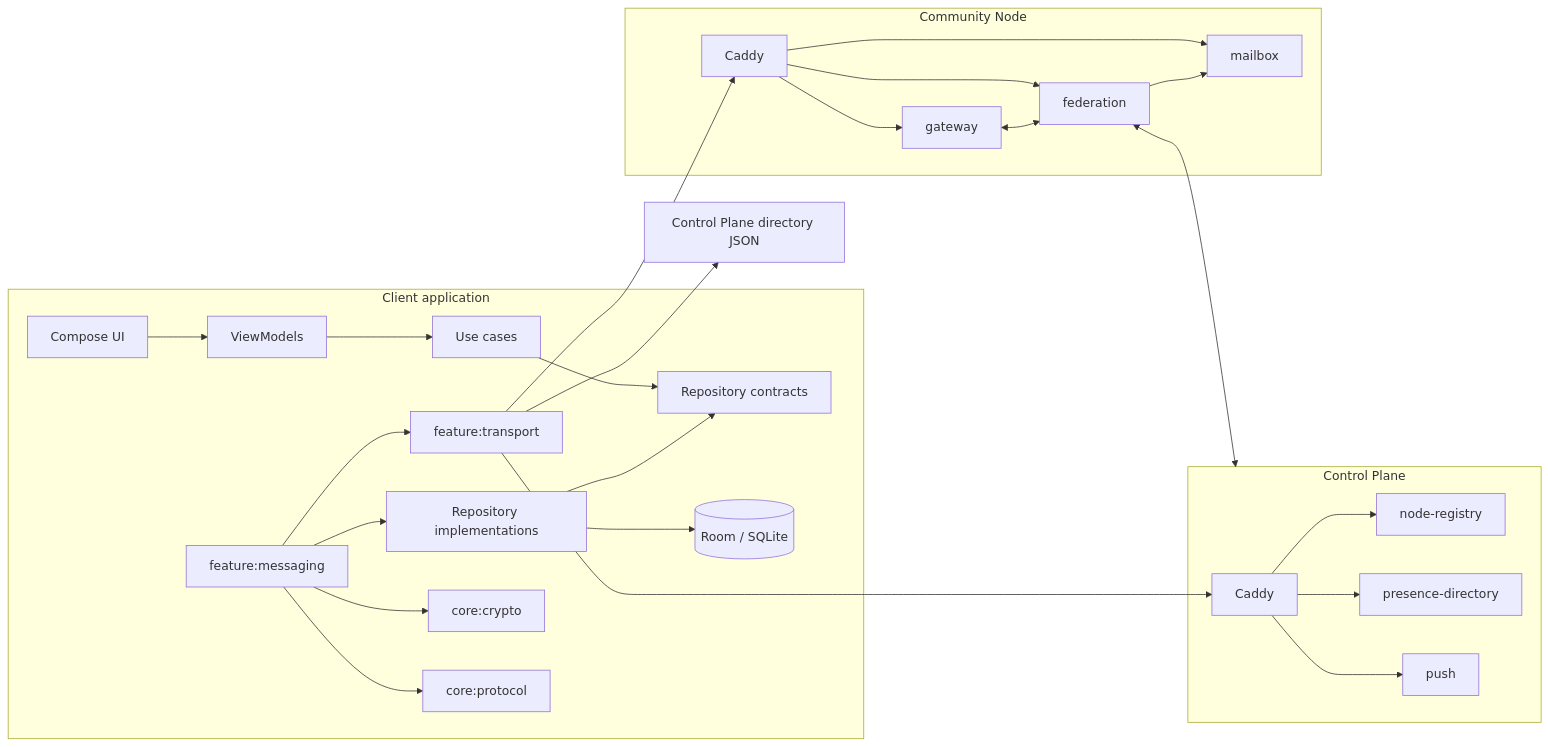
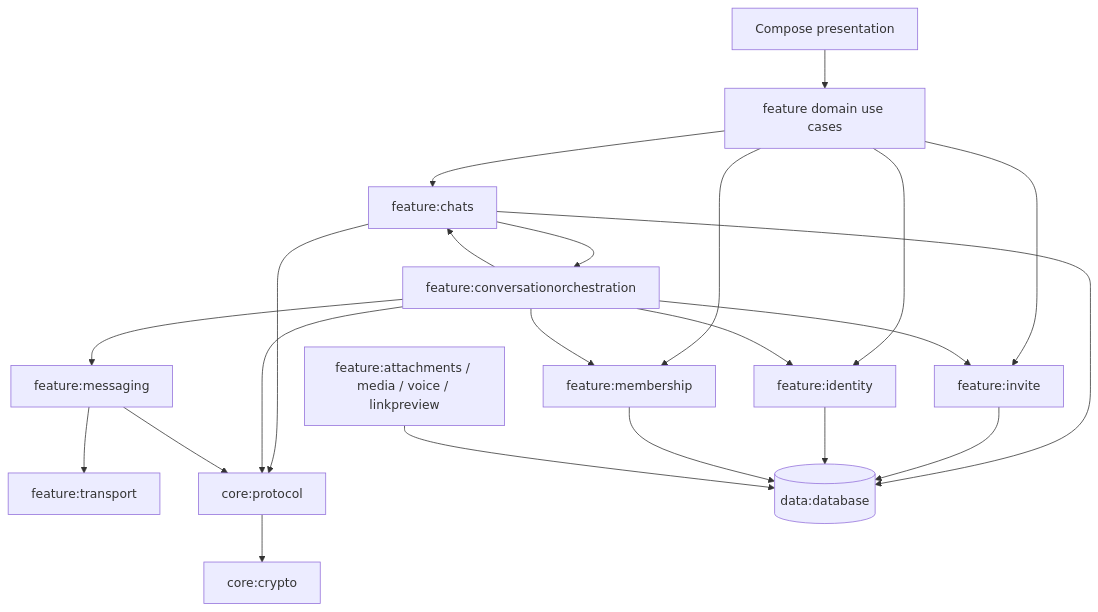
One commit to cbgm/Sparrow changed the first of 3 diagrams in docs/architecture/overview.md. Above: the diagram before and after it, drawn with Mermaid. The commit also changed other lines of this file and 66 other files, not shown here.

````diff
--- a/docs/architecture/overview.md
+++ b/docs/architecture/overview.md
@@ -7,51 +7,38 @@
 ```mermaid
-flowchart LR
-    subgraph Client[Client application]
-        UI[Compose UI]
-        VM[ViewModels]
-        UC[Use cases]
-        REPO[Repository contracts]
-        DATA[Repository implementations]
-        MSG[feature:messaging]
-        TR[feature:transport]
-        DB[(Room / SQLite)]
-        CRYPTO[core:crypto]
-        PROTO[core:protocol]
-    end
+flowchart TD
+    UI[Compose presentation]
+    UC[feature domain use cases]
+    ORCH[feature:conversationorchestration]
+    INV[feature:invite]
+    ID[feature:identity]
+    MEM[feature:membership]
+    CHAT[feature:chats]
+    ATT[feature:attachments / media / voice / linkpreview]
+    MSG[feature:messaging]
+    TR[feature:transport]
+    PROTO[core:protocol]
+    CRYPTO[core:crypto]
+    DB[(data:database)]
 
-    DIR[Control Plane directory JSON]
-
-    subgraph CP[Control Plane]
-        CPC[Caddy]
-        REG[node-registry]
-        PRES[presence-directory]
-        PUSH[push]
-    end
-
-    subgraph NODE[Community Node]
-        NC[Caddy]
-        GW[gateway]
-        FED[federation]
-        MB[mailbox]
-    end
-
-    UI --> VM --> UC --> REPO
-    DATA --> REPO
-    DATA --> DB
-    MSG --> DATA
-    MSG --> CRYPTO
+    UI --> UC
+    UC --> CHAT
+    UC --> INV
+    UC --> ID
+    UC --> MEM
+    CHAT --> ORCH
+    ORCH --> CHAT
+    ORCH --> INV
+    ORCH --> ID
+    ORCH --> MEM
+    ORCH --> MSG
+    MSG --> TR
+    CHAT --> PROTO
+    ORCH --> PROTO
     MSG --> PROTO
-    MSG --> TR
-    TR --> DIR
-    TR --> CPC
-    TR --> NC
-    CPC --> REG
-    CPC --> PRES
-    CPC --> PUSH
-    NC --> GW
-    NC --> FED
-    NC --> MB
-    GW <--> FED
-    FED --> MB
-    FED <--> CP
+    CHAT --> DB
+    INV --> DB
+    ID --> DB
+    MEM --> DB
+    ATT --> DB
+    PROTO --> CRYPTO
 ```
````
